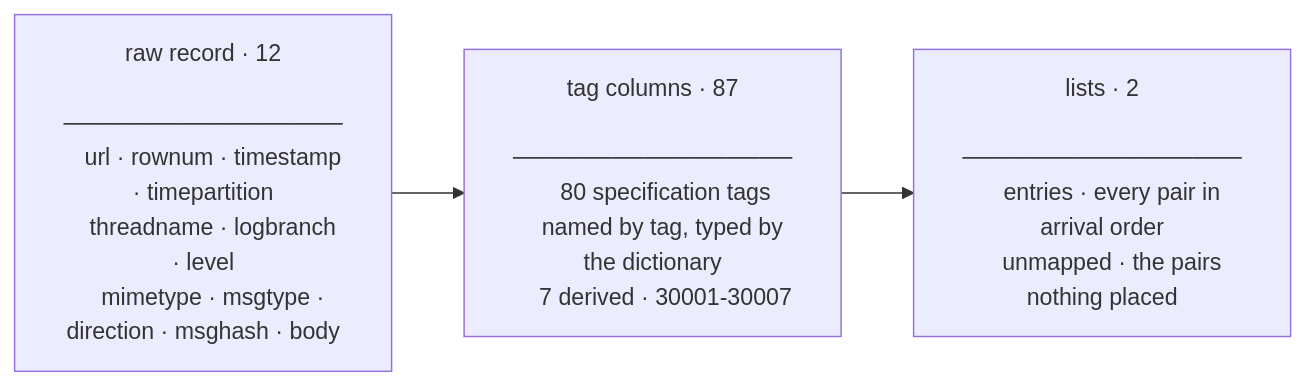
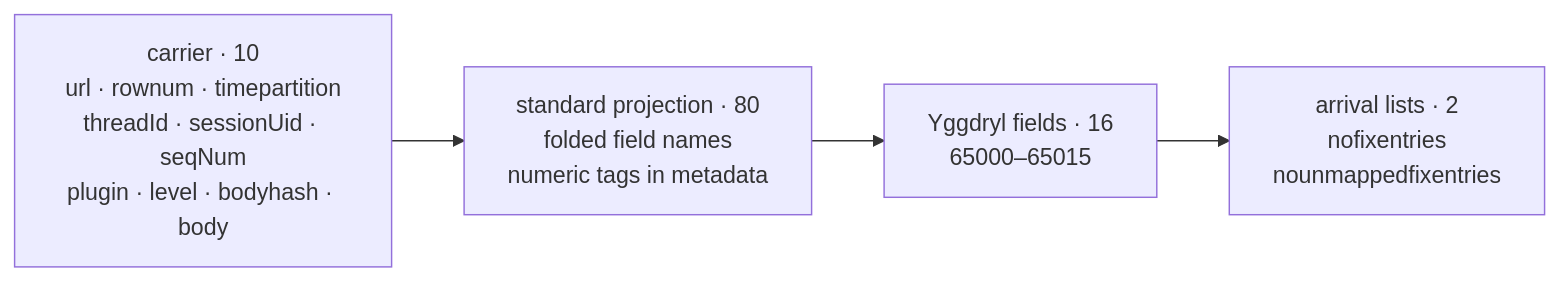
One commit to Platob/yggfin changed the diagram in docs/products/fix-message.md. Above: the diagram before and after it, drawn with Mermaid. The commit also changed other lines of this file and 46 other files, not shown here.

````diff
--- a/docs/products/fix-message.md
+++ b/docs/products/fix-message.md
@@ -8,18 +11,8 @@
 ```mermaid
 flowchart LR
-    R["raw record · 12
-    ─────────────────
-    url · rownum · timestamp · timepartition
-    threadname · logbranch · level
-    mimetype · msgtype · direction · msghash · body"]
-    T["tag columns · 87
-    ─────────────────
-    80 specification tags
-    named by tag, typed by the dictionary
-    7 derived · 30001-30007"]
-    L["lists · 2
-    ─────────────────
-    entries · every pair in arrival order
-    unmapped · the pairs nothing placed"]
-    R --> T --> L
+    C["carrier · 10<br/>url · rownum · timepartition<br/>threadId · sessionUid · seqNum<br/>plugin · level · bodyhash · body"]
+    S["standard projection · 80<br/>folded field names<br/>numeric tags in metadata"]
+    Y["Yggdryl fields · 16<br/>65000–65015"]
+    L["arrival lists · 2<br/>nofixentries<br/>nounmappedfixentries"]
+    C --> S --> Y --> L
 ```
````
